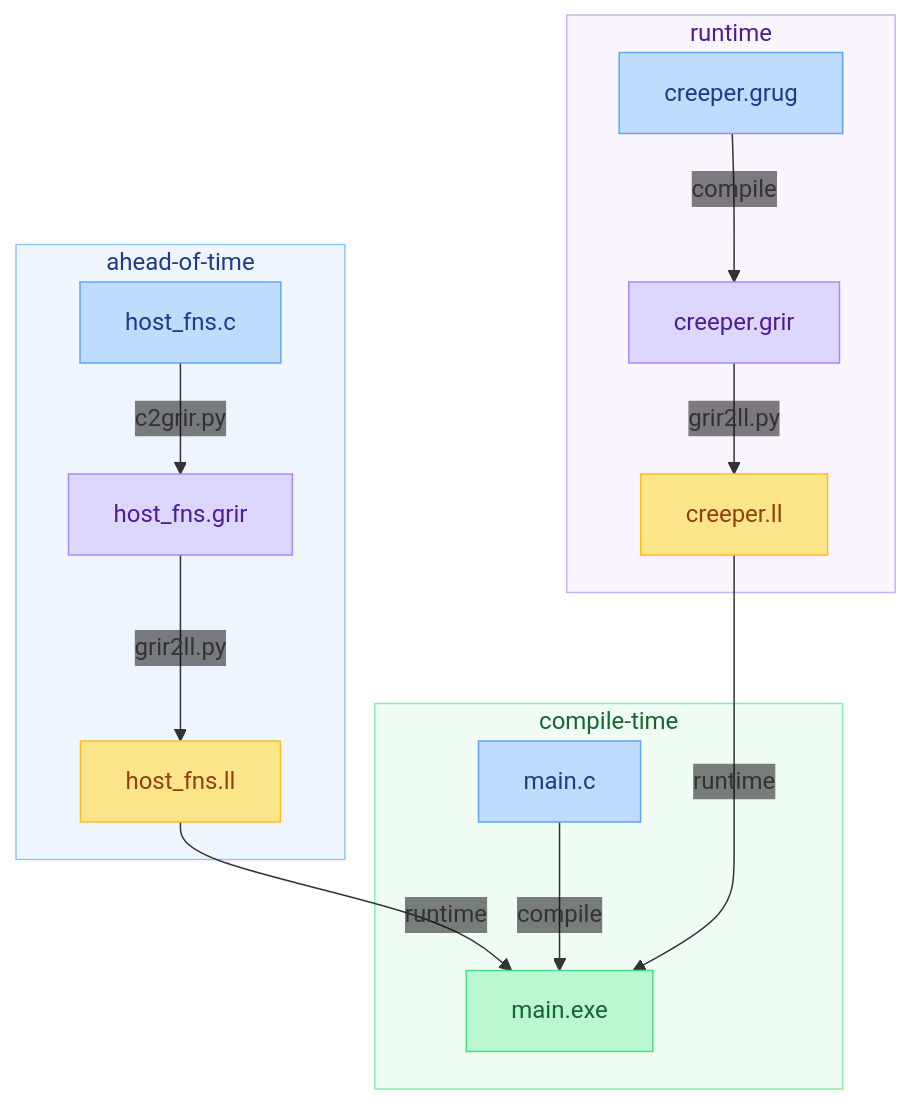
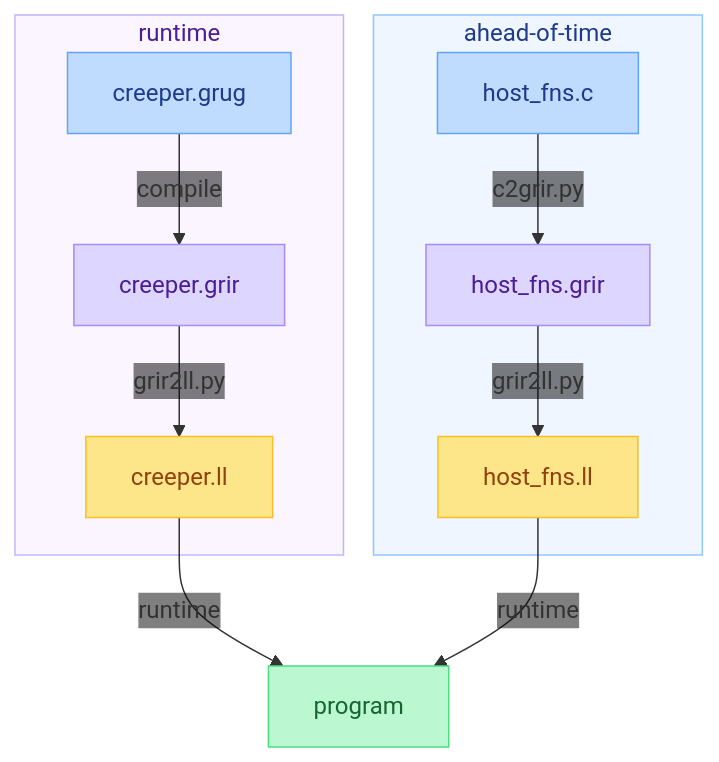
One commit to grug-lang/grug-ir changed the diagram in README.md. Above: the diagram before and after it, drawn with Mermaid.

Commit message:
docs: only have runtime and ahead-of-time columns

````diff
--- a/README.md
+++ b/README.md
@@ -7,24 +7,23 @@
 ```mermaid
 %%{init: {'themeVariables': {'edgeLabelBackground': 'transparent'}}}%%
 graph TD
     classDef source fill:#bfdbfe,stroke:#60a5fa,color:#1e3a8a
     classDef grir   fill:#ddd6fe,stroke:#a78bfa,color:#4c1d95
     classDef llir   fill:#fde68a,stroke:#fbbf24,color:#92400e
     classDef binary fill:#bbf7d0,stroke:#4ade80,color:#166534
+
     subgraph rt[runtime]
         H[creeper.grug]:::source -->|compile| I[creeper.grir]:::grir
         I -->|grir2ll.py| J[creeper.ll]:::llir
     end
+
     subgraph aot[ahead-of-time]
         A[host_fns.c]:::source -->|c2grir.py| B[host_fns.grir]:::grir
         B -->|grir2ll.py| C[host_fns.ll]:::llir
     end
-    subgraph ct[compile-time]
-        D[main.c]:::source -->|compile| G[main.exe]:::binary
-    end
-    H ~~~ A
-    C & J -->|runtime| G
+
+    J & C -->|runtime| G[program]:::binary
+
     style aot fill:#eff6ff,stroke:#93c5fd,color:#1e3a8a
     style rt  fill:#faf5ff,stroke:#c4b5fd,color:#4c1d95
-    style ct  fill:#f0fdf4,stroke:#86efac,color:#166534
 ```
````
